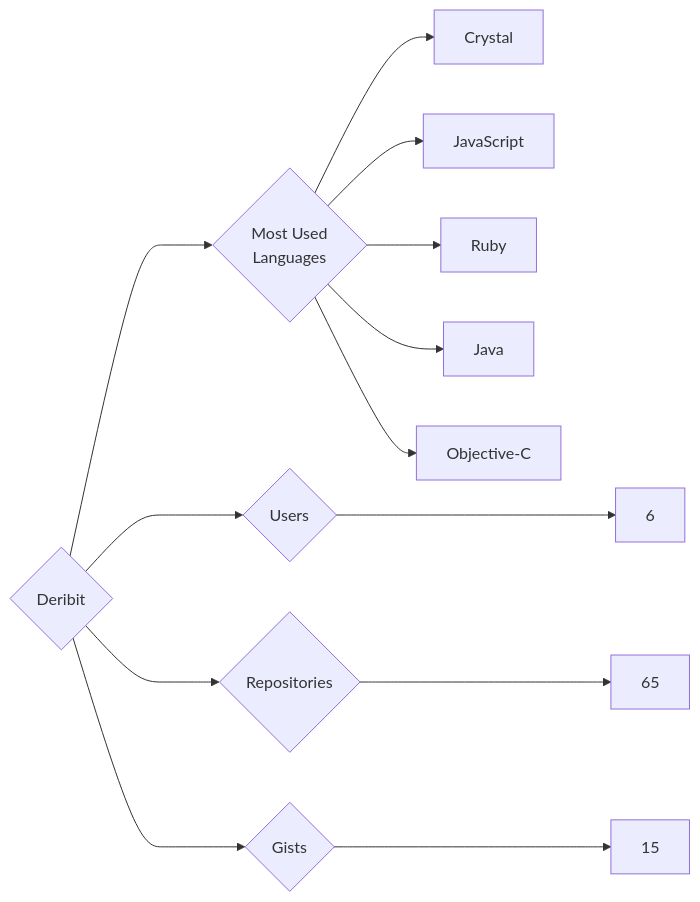
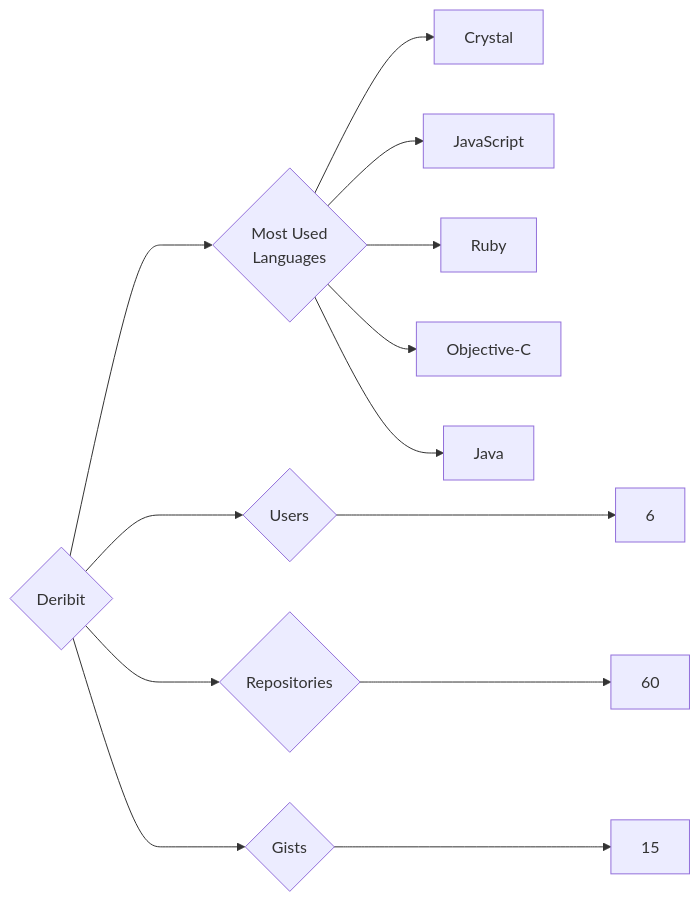
The diagram in targets/Deribit/README.md (trickest/insiders), drawn with Mermaid before and after one commit. The commit also changed 838 other files, not shown here.

````diff
--- a/targets/Deribit/README.md
+++ b/targets/Deribit/README.md
@@ -3,13 +3,13 @@
 ```mermaid
 graph LR
 COMPANY_NAME{Deribit}
 COMPANY_NAME ---> U{Users} ---> UN[6]
-COMPANY_NAME ---> R{Repositories} ---> RN[65]
+COMPANY_NAME ---> R{Repositories} ---> RN[60]
 COMPANY_NAME ---> G{Gists} ---> GN[15]
 COMPANY_NAME ---> ML{Most Used<br>Languages}
 ML --> Crystal[Crystal]
 ML --> JavaScript[JavaScript]
 ML --> Ruby[Ruby]
+ML --> Objective-C[Objective-C]
 ML --> Java[Java]
-ML --> Objective-C[Objective-C]
 ```
````
